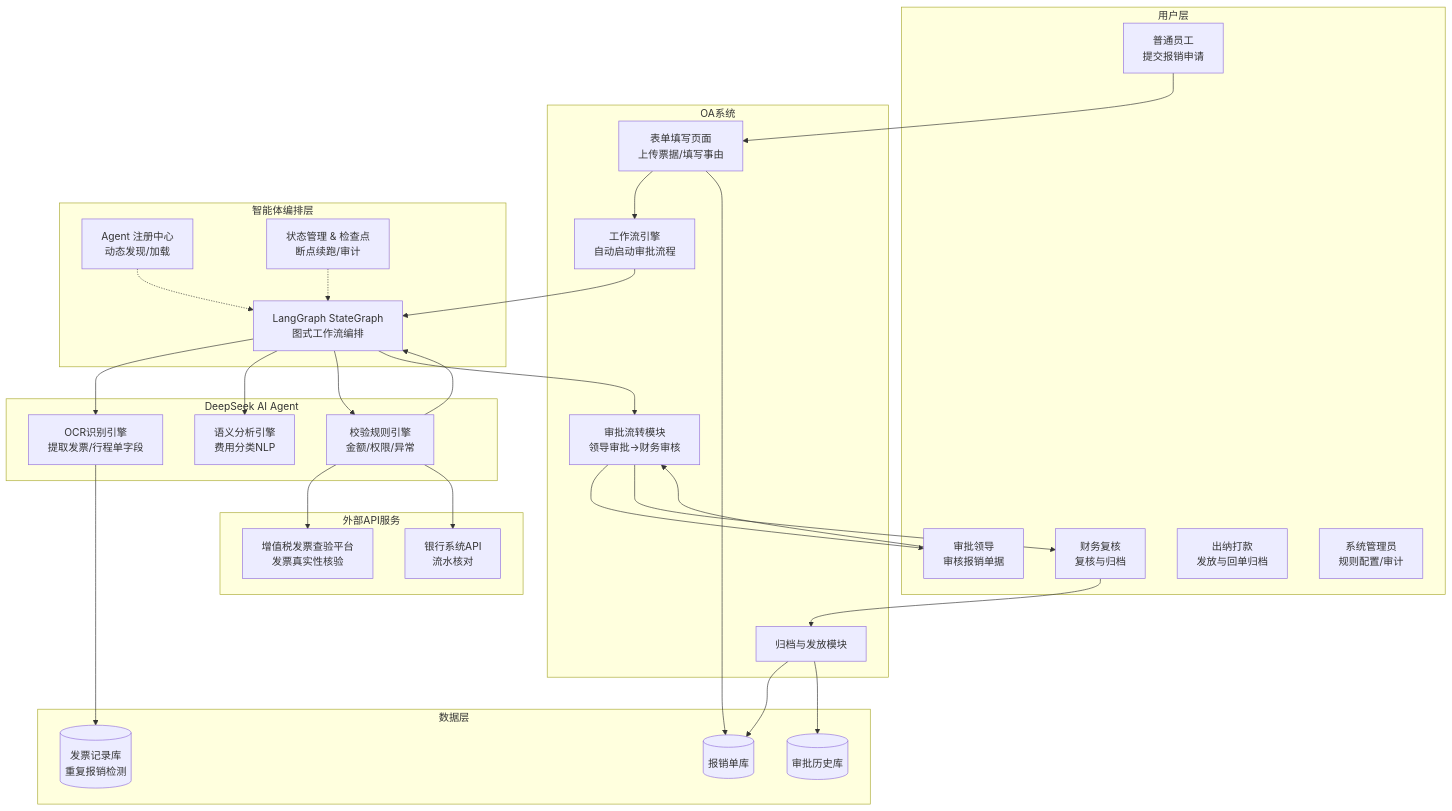
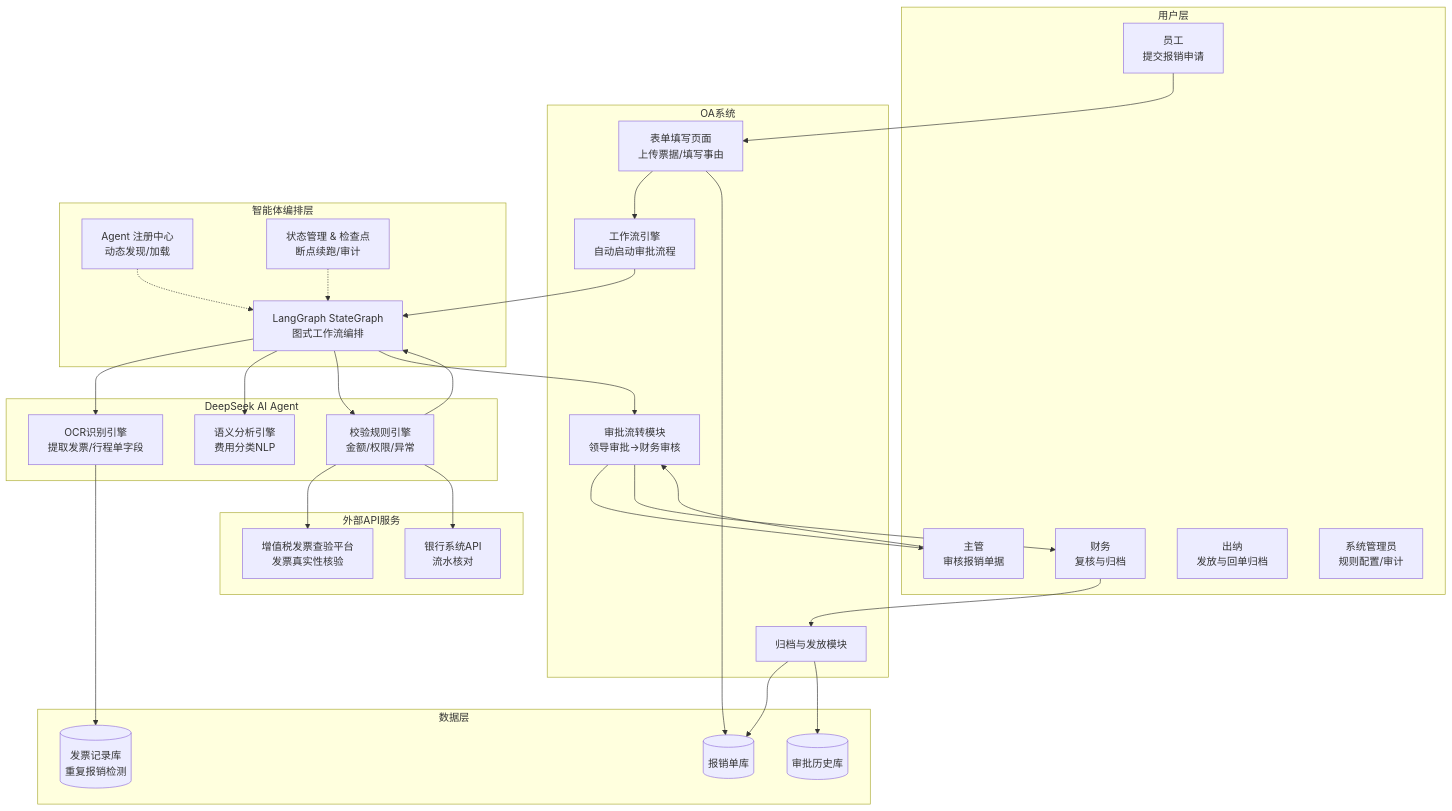
The first of 5 diagrams in docs/design.md (nickluo2026/OA-Reimbursement-AIAgent), drawn with Mermaid before and after one commit. The commit also changed other lines of this file and 22 other files, not shown here.

````diff
--- a/docs/design.md
+++ b/docs/design.md
@@ -19,61 +19,61 @@
 ```mermaid
 graph TB
     subgraph 用户层
-        A1[普通员工<br/>提交报销申请]
-        A2[审批领导<br/>审核报销单据]
-        A3[财务复核<br/>复核与归档]
-        A3b[出纳打款<br/>发放与回单归档]
+        A1[员工<br/>提交报销申请]
+        A2[主管<br/>审核报销单据]
+        A3[财务<br/>复核与归档]
+        A3b[出纳<br/>发放与回单归档]
         A4[系统管理员<br/>规则配置/审计]
     end
 
     subgraph OA系统
         B1[表单填写页面<br/>上传票据/填写事由]
         B2[工作流引擎<br/>自动启动审批流程]
         B3[审批流转模块<br/>领导审批→财务审核]
         B4[归档与发放模块]
     end
 
     subgraph 智能体编排层
         O1[LangGraph StateGraph<br/>图式工作流编排]
         O2[Agent 注册中心<br/>动态发现/加载]
         O3[状态管理 & 检查点<br/>断点续跑/审计]
     end
 
     subgraph DeepSeek AI Agent
         C1[OCR识别引擎<br/>提取发票/行程单字段]
         C2[语义分析引擎<br/>费用分类NLP]
         C3[校验规则引擎<br/>金额/权限/异常]
     end
 
     subgraph 外部API服务
         D1[增值税发票查验平台<br/>发票真实性核验]
         D2[银行系统API<br/>流水核对]
     end
 
     subgraph 数据层
         E1[(报销单库)]
         E2[(发票记录库<br/>重复报销检测)]
         E3[(审批历史库)]
     end
 
     A1 --> B1
     B1 --> B2
     B2 --> O1
     O1 --> C1
     O1 --> C2
     O1 --> C3
     O2 -.-> O1
     O3 -.-> O1
     C3 --> D1
     C3 --> D2
     C3 --> O1
     O1 --> B3
     B3 --> A2
     A2 --> B3
     B3 --> A3
     A3 --> B4
     B4 --> E1
     B4 --> E3
     C1 --> E2
     B1 --> E1
 ```
````
